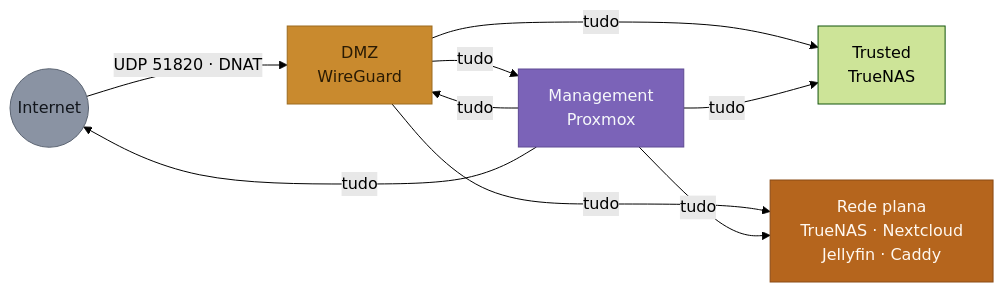
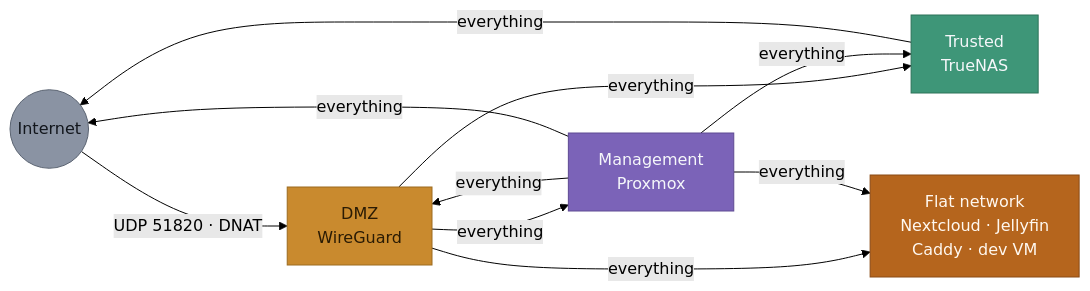
Before and after one commit to RuiGRMargarido/homelab: the second of 5 diagrams in docs/NETWORK.md, drawn with Mermaid (forest theme). The commit also changed other lines of this file and 1 other file, not shown here.

First line of the commit message:
Traduz NETWORK.md e o diagrama de topologia fisica

````diff
--- a/docs/NETWORK.md
+++ b/docs/NETWORK.md
@@ -229,23 +229,24 @@
 ```mermaid
 flowchart LR
     NET(("Internet")):::neut
     DMZ["DMZ<br/>WireGuard"]:::dmz
     TRU["Trusted<br/>TrueNAS"]:::tru
     MGM["Management<br/>Proxmox"]:::mgmt
-    PLA["Rede plana<br/>TrueNAS · Nextcloud<br/>Jellyfin · Caddy"]:::flat
+    PLA["Flat network<br/>Nextcloud · Jellyfin<br/>Caddy · dev VM"]:::flat
 
     NET -- "UDP 51820 · DNAT" --> DMZ
-    DMZ -- "tudo" --> TRU
-    DMZ -- "tudo" --> MGM
-    DMZ -- "tudo" --> PLA
-    MGM -- "tudo" --> DMZ
-    MGM -- "tudo" --> TRU
-    MGM -- "tudo" --> PLA
-    MGM -- "tudo" --> NET
+    DMZ -- "everything" --> TRU
+    DMZ -- "everything" --> MGM
+    DMZ -- "everything" --> PLA
+    MGM -- "everything" --> DMZ
+    MGM -- "everything" --> TRU
+    MGM -- "everything" --> PLA
+    MGM -- "everything" --> NET
+    TRU -- "everything" --> NET
 
     classDef neut fill:#8A93A3,stroke:#5B6472,color:#12161C
     classDef dmz fill:#C98A2E,stroke:#9C6B1F,color:#2A1B04
     classDef mgmt fill:#7B63B8,stroke:#5E4A93,color:#F5F7FA
-    classDef vazio fill:#4A5058,stroke:#343941,color:#C8CDD4
+    classDef tru fill:#3E9678,stroke:#2C7259,color:#F5F7FA
     classDef flat fill:#B5651D,stroke:#8A4A15,color:#FFF8F0
 ```
````
